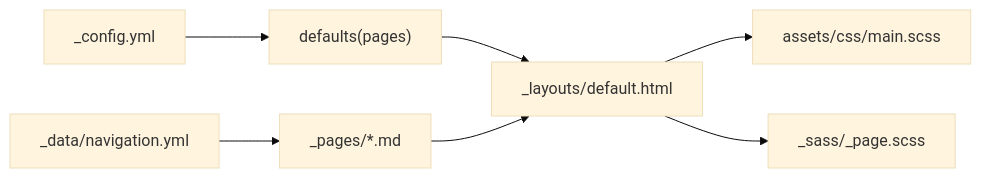
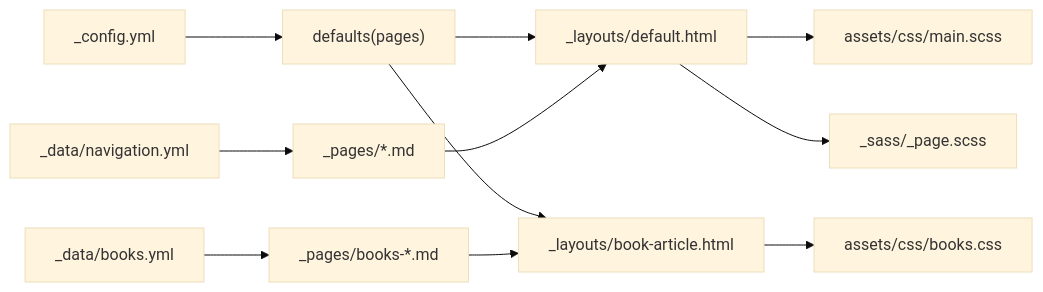
One commit to pizicaiman/pizicaiman.github.io changed the third of 3 diagrams in .qoder/repowiki/zh/content/内容管理/页面内容编辑/页面内容编辑.md. Above: the diagram before and after it, drawn with Mermaid (base theme). The commit also changed other lines of this file and 10 other files, not shown here.

````diff
--- a/.qoder/repowiki/zh/content/内容管理/页面内容编辑/页面内容编辑.md
+++ b/.qoder/repowiki/zh/content/内容管理/页面内容编辑/页面内容编辑.md
@@ -258,9 +392,13 @@
 ```mermaid
 graph LR
 CFG["_config.yml"] --> DEF["defaults(pages)"]
 DEF --> LYT["_layouts/default.html"]
+DEF --> BOOK_LYT["_layouts/book-article.html"]
 LYT --> SCSS["assets/css/main.scss"]
 LYT --> PAGE_SASS["_sass/_page.scss"]
+BOOK_LYT --> BOOK_CSS["assets/css/books.css"]
 NAV["_data/navigation.yml"] --> PAGES["_pages/*.md"]
+BD["_data/books.yml"] --> BOOK_PAGES["_pages/books-*.md"]
 PAGES --> LYT
+BOOK_PAGES --> BOOK_LYT
 ```
````
